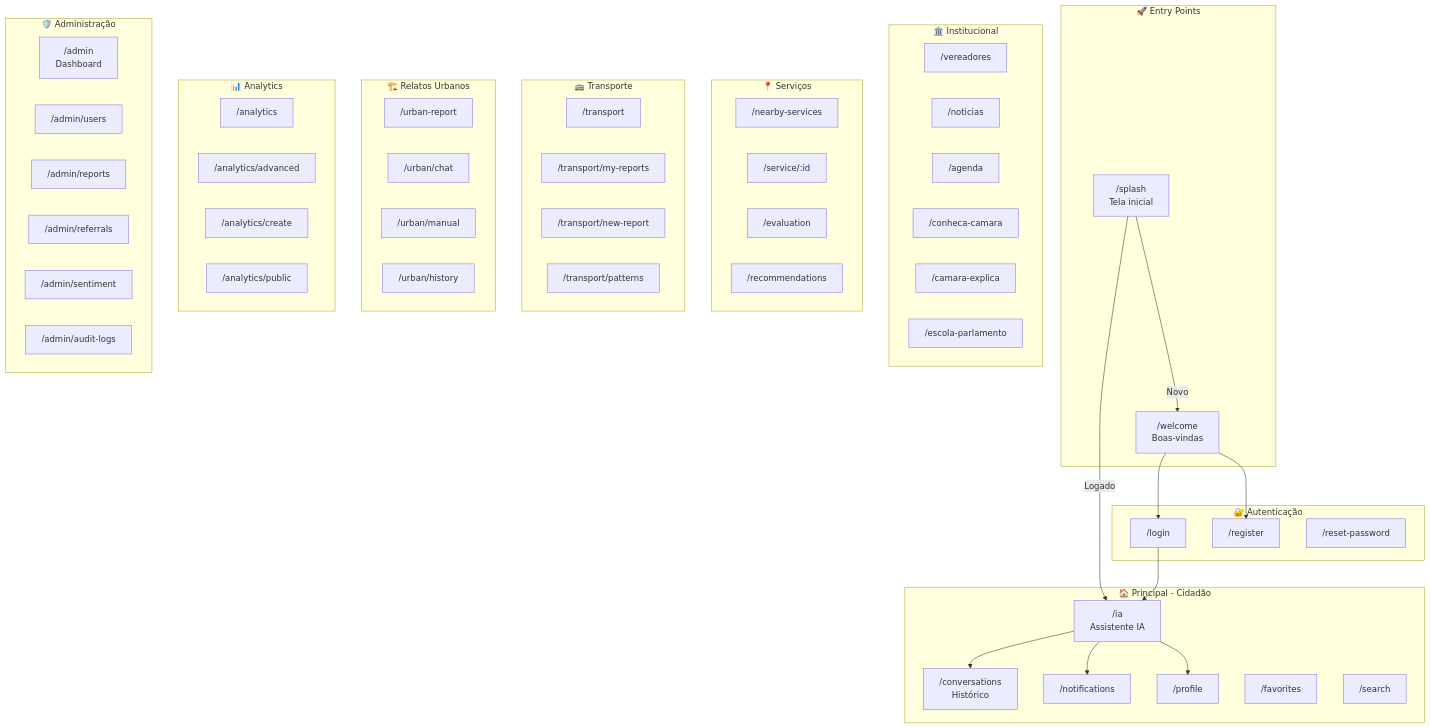
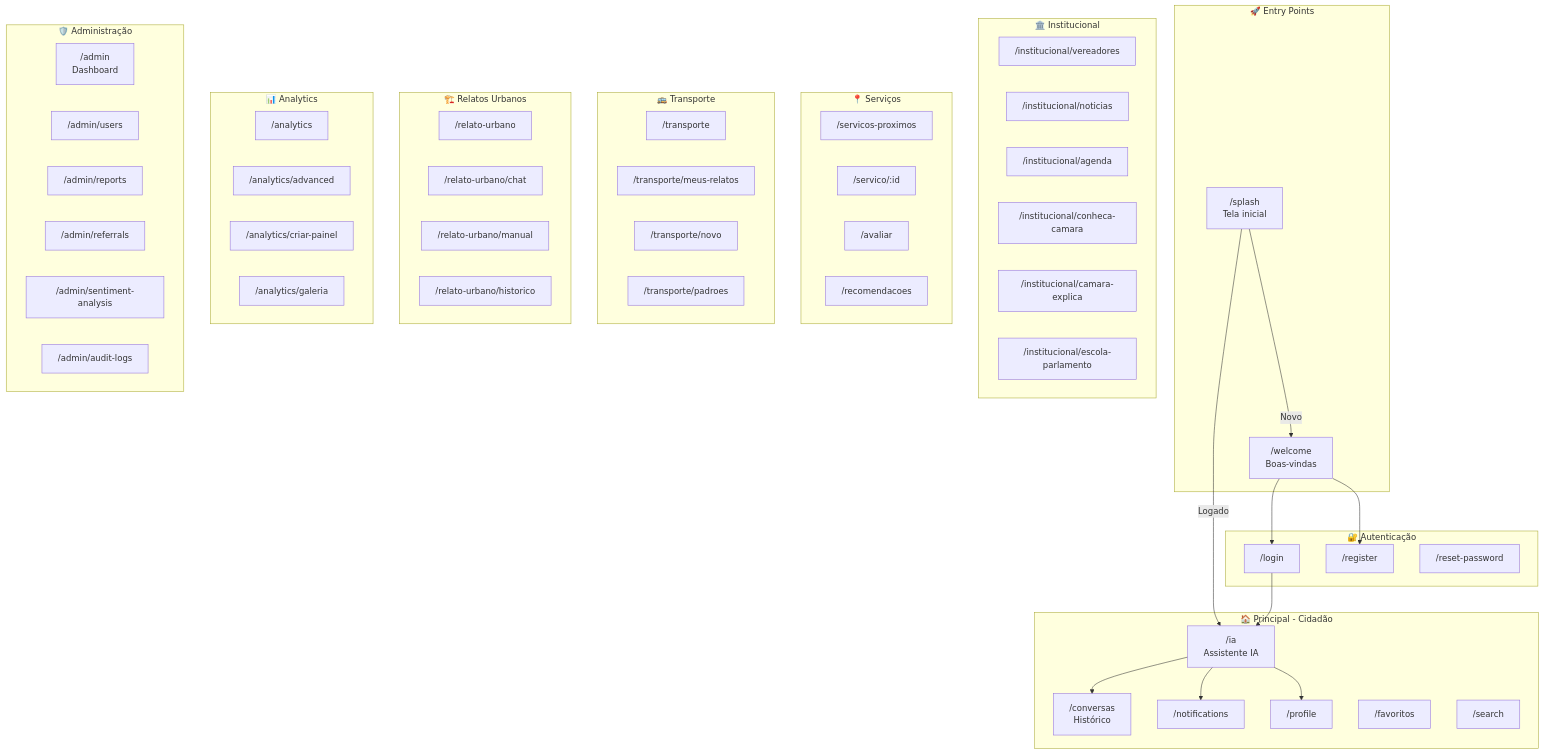
One commit to MTechnologia/camana-na-mao changed the first of 8 diagrams in docs/DOCUMENTACAO_TECNICA_CMSP_CONNECT.md. Above: the diagram before and after it, drawn with Mermaid. The commit also changed other lines of this file and 14 other files, not shown here.

````diff
--- a/docs/DOCUMENTACAO_TECNICA_CMSP_CONNECT.md
+++ b/docs/DOCUMENTACAO_TECNICA_CMSP_CONNECT.md
@@ -426,77 +419,77 @@
 ```mermaid
 graph TB
     subgraph "🚀 Entry Points"
         SPLASH["/splash<br/>Tela inicial"]
         WELCOME["/welcome<br/>Boas-vindas"]
     end
     
     subgraph "🔐 Autenticação"
         LOGIN["/login"]
         REGISTER["/register"]
         RESET["/reset-password"]
     end
     
     subgraph "🏠 Principal - Cidadão"
         IA["/ia<br/>Assistente IA"]
-        CONVERSATIONS["/conversations<br/>Histórico"]
+        CONVERSATIONS["/conversas<br/>Histórico"]
         NOTIFICATIONS["/notifications"]
         PROFILE["/profile"]
-        FAVORITES["/favorites"]
+        FAVORITES["/favoritos"]
         SEARCH["/search"]
     end
     
     subgraph "🏛️ Institucional"
-        VEREADORES["/vereadores"]
-        NOTICIAS["/noticias"]
-        AGENDA["/agenda"]
-        CONHECA["/conheca-camara"]
-        EXPLICA["/camara-explica"]
-        ESCOLA["/escola-parlamento"]
+        VEREADORES["/institucional/vereadores"]
+        NOTICIAS["/institucional/noticias"]
+        AGENDA["/institucional/agenda"]
+        CONHECA["/institucional/conheca-camara"]
+        EXPLICA["/institucional/camara-explica"]
+        ESCOLA["/institucional/escola-parlamento"]
     end
     
     subgraph "📍 Serviços"
-        NEARBY["/nearby-services"]
-        SERVICE_DETAIL["/service/:id"]
-        EVALUATION["/evaluation"]
-        RECOMMENDATIONS["/recommendations"]
+        NEARBY["/servicos-proximos"]
+        SERVICE_DETAIL["/servico/:id"]
+        EVALUATION["/avaliar"]
+        RECOMMENDATIONS["/recomendacoes"]
     end
     
     subgraph "🚌 Transporte"
-        TRANSPORT["/transport"]
-        MY_REPORTS["/transport/my-reports"]
-        NEW_REPORT["/transport/new-report"]
-        PATTERNS["/transport/patterns"]
+        TRANSPORT["/transporte"]
+        MY_REPORTS["/transporte/meus-relatos"]
+        NEW_REPORT["/transporte/novo"]
+        PATTERNS["/transporte/padroes"]
     end
     
     subgraph "🏗️ Relatos Urbanos"
-        URBAN["/urban-report"]
-        URBAN_CHAT["/urban/chat"]
-        URBAN_MANUAL["/urban/manual"]
-        URBAN_HISTORY["/urban/history"]
+        URBAN["/relato-urbano"]
+        URBAN_CHAT["/relato-urbano/chat"]
+        URBAN_MANUAL["/relato-urbano/manual"]
+        URBAN_HISTORY["/relato-urbano/historico"]
     end
     
     subgraph "📊 Analytics"
         ANALYTICS["/analytics"]
         ADVANCED["/analytics/advanced"]
-        CREATE_DASH["/analytics/create"]
-        PUBLIC_DASH["/analytics/public"]
+        CREATE_DASH["/analytics/criar-painel"]
+        PUBLIC_DASH["/analytics/galeria"]
     end
     
     subgraph "🛡️ Administração"
         ADMIN["/admin<br/>Dashboard"]
         USERS["/admin/users"]
         REPORTS_MGMT["/admin/reports"]
         REFERRALS["/admin/referrals"]
-        SENTIMENT["/admin/sentiment"]
+        SENTIMENT["/admin/sentiment-analysis"]
         AUDIT["/admin/audit-logs"]
     end
     
     SPLASH --> |"Logado"| IA
     SPLASH --> |"Novo"| WELCOME
     WELCOME --> LOGIN
     WELCOME --> REGISTER
     LOGIN --> IA
     IA --> CONVERSATIONS
     IA --> NOTIFICATIONS
     IA --> PROFILE
 ```
````
